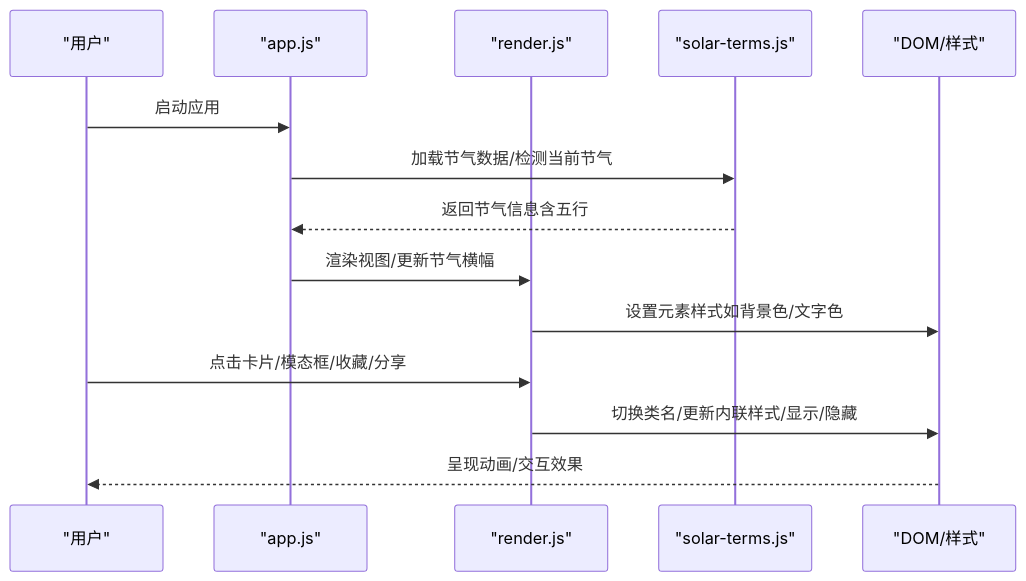
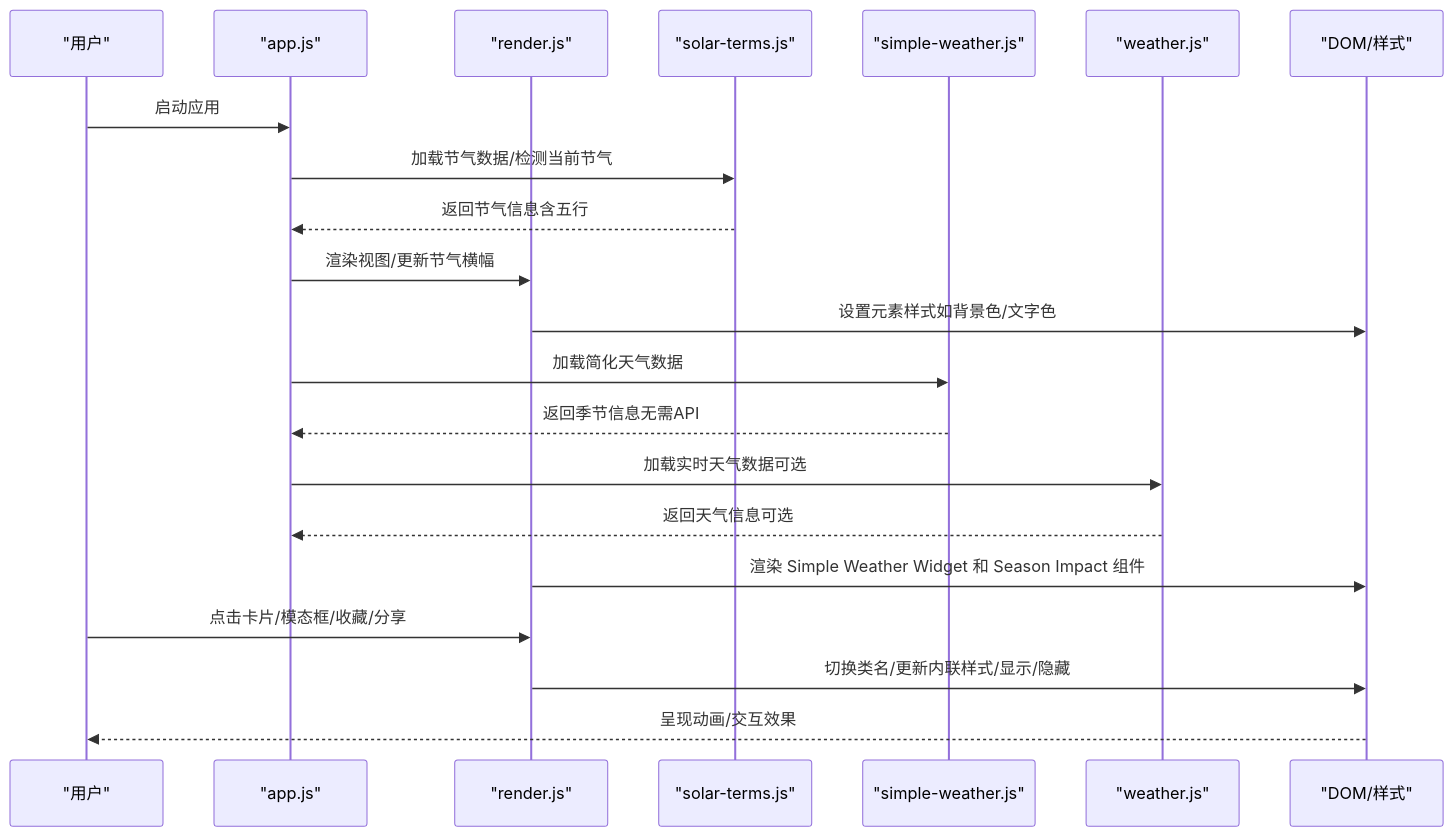
One commit to jeankeim/wuxing-fashion changed the second of 3 diagrams in .qoder/repowiki/zh/content/样式系统.md. Above: the diagram before and after it, drawn with Mermaid. The commit also changed other lines of this file and 27 other files, not shown here.

````diff
--- a/.qoder/repowiki/zh/content/样式系统.md
+++ b/.qoder/repowiki/zh/content/样式系统.md
@@ -79,16 +91,23 @@
 ```mermaid
 sequenceDiagram
 participant U as "用户"
 participant APP as "app.js"
 participant R as "render.js"
 participant ST as "solar-terms.js"
+participant SW as "simple-weather.js"
+participant W as "weather.js"
 participant DOM as "DOM/样式"
 U->>APP : 启动应用
 APP->>ST : 加载节气数据/检测当前节气
 ST-->>APP : 返回节气信息含五行
 APP->>R : 渲染视图/更新节气横幅
 R->>DOM : 设置元素样式如背景色/文字色
+APP->>SW : 加载简化天气数据
+SW-->>APP : 返回季节信息无需API
+APP->>W : 加载实时天气数据可选
+W-->>APP : 返回天气信息可选
+R->>DOM : 渲染 Simple Weather Widget 和 Season Impact 组件
 U->>R : 点击卡片/模态框/收藏/分享
 R->>DOM : 切换类名/更新内联样式/显示/隐藏
 DOM-->>U : 呈现动画/交互效果
 ```
````
